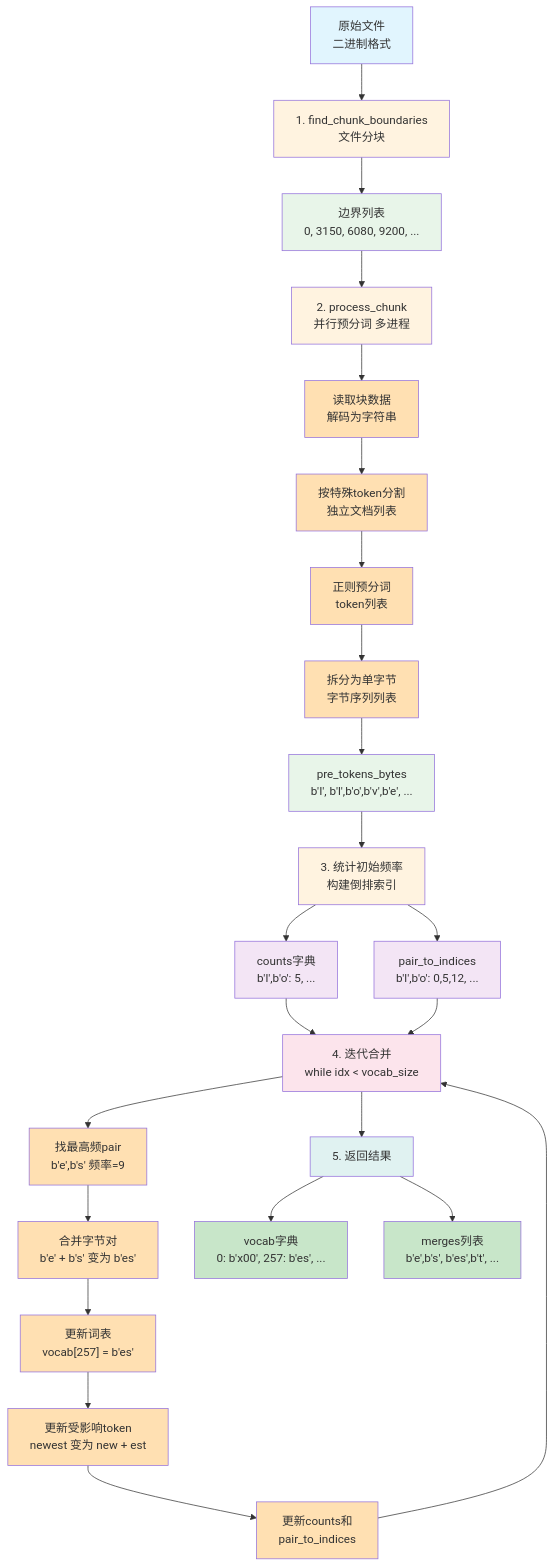
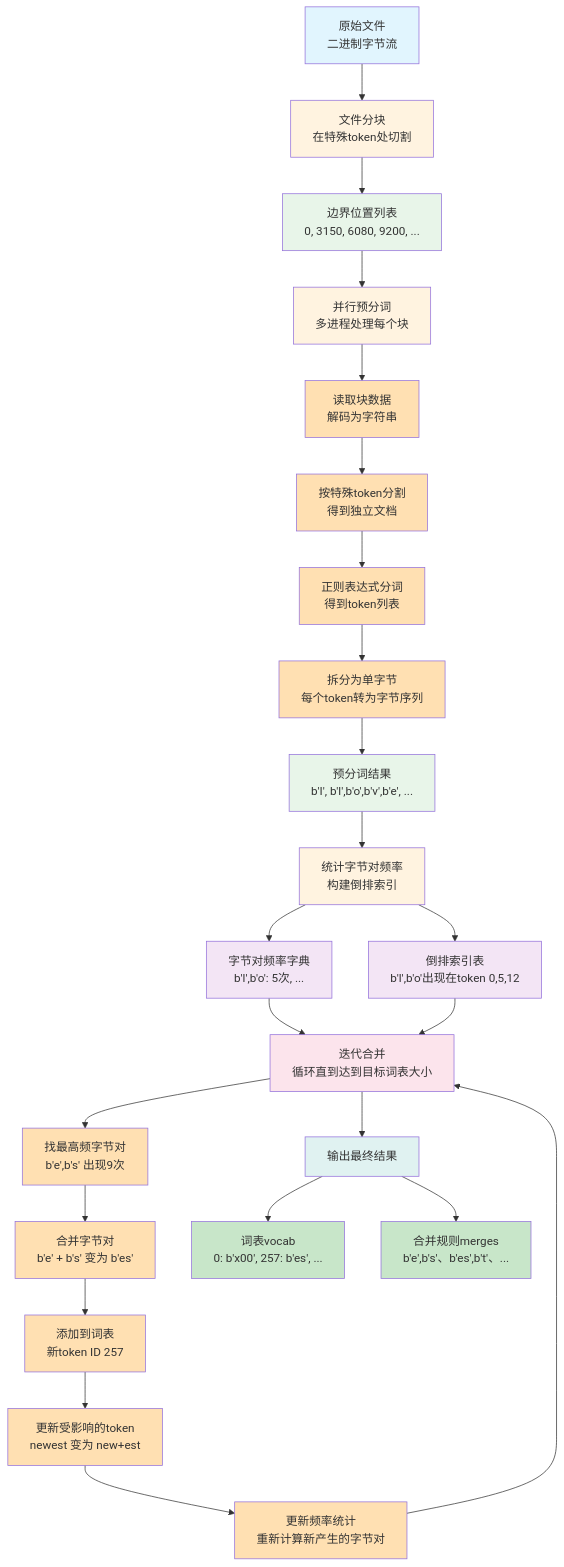
The diagram in Transformer/09a-斯坦福cs336作业一-BPE分词器.md (Zheng-Enci/Knoweledges), drawn with Mermaid before and after one commit.

Commit message:
docs: 优化数据流图-去除函数名聚焦数据处理

````diff
--- a/Transformer/09a-斯坦福cs336作业一-BPE分词器.md
+++ b/Transformer/09a-斯坦福cs336作业一-BPE分词器.md
@@ -159,40 +159,40 @@
 ```mermaid
 graph TD
-    A["原始文件<br/>二进制格式"]:::input --> B["1. find_chunk_boundaries<br/>文件分块"]:::process
-    B --> C["边界列表<br/>0, 3150, 6080, 9200, ..."]:::data
-    C --> D["2. process_chunk<br/>并行预分词 多进程"]:::process
+    A["原始文件<br/>二进制字节流"]:::input --> B["文件分块<br/>在特殊token处切割"]:::process
+    B --> C["边界位置列表<br/>0, 3150, 6080, 9200, ..."]:::data
+    C --> D["并行预分词<br/>多进程处理每个块"]:::process
     
     D --> D1["读取块数据<br/>解码为字符串"]:::subprocess
-    D1 --> D2["按特殊token分割<br/>独立文档列表"]:::subprocess
-    D2 --> D3["正则预分词<br/>token列表"]:::subprocess
-    D3 --> D4["拆分为单字节<br/>字节序列列表"]:::subprocess
+    D1 --> D2["按特殊token分割<br/>得到独立文档"]:::subprocess
+    D2 --> D3["正则表达式分词<br/>得到token列表"]:::subprocess
+    D3 --> D4["拆分为单字节<br/>每个token转为字节序列"]:::subprocess
     
-    D4 --> E["pre_tokens_bytes<br/>b'I', b'l',b'o',b'v',b'e', ..."]:::data
-    E --> F["3. 统计初始频率<br/>构建倒排索引"]:::process
+    D4 --> E["预分词结果<br/>b'I', b'l',b'o',b'v',b'e', ..."]:::data
+    E --> F["统计字节对频率<br/>构建倒排索引"]:::process
     
-    F --> F1["counts字典<br/>b'l',b'o': 5, ..."]:::datastruct
-    F --> F2["pair_to_indices<br/>b'l',b'o': 0,5,12, ..."]:::datastruct
+    F --> F1["字节对频率字典<br/>b'l',b'o': 5次, ..."]:::datastruct
+    F --> F2["倒排索引表<br/>b'l',b'o'出现在token 0,5,12"]:::datastruct
     
-    F1 --> G["4. 迭代合并<br/>while idx < vocab_size"]:::loop
+    F1 --> G["迭代合并<br/>循环直到达到目标词表大小"]:::loop
     F2 --> G
     
-    G --> G1["找最高频pair<br/>b'e',b's' 频率=9"]:::subprocess
+    G --> G1["找最高频字节对<br/>b'e',b's' 出现9次"]:::subprocess
     G1 --> G2["合并字节对<br/>b'e' + b's' 变为 b'es'"]:::subprocess
-    G2 --> G3["更新词表<br/>vocab[257] = b'es'"]:::subprocess
-    G3 --> G4["更新受影响token<br/>newest 变为 new + est"]:::subprocess
-    G4 --> G5["更新counts和<br/>pair_to_indices"]:::subprocess
+    G2 --> G3["添加到词表<br/>新token ID 257"]:::subprocess
+    G3 --> G4["更新受影响的token<br/>newest 变为 new+est"]:::subprocess
+    G4 --> G5["更新频率统计<br/>重新计算新产生的字节对"]:::subprocess
     G5 --> G
     
-    G --> H["5. 返回结果"]:::output
-    H --> H1["vocab字典<br/>0: b'x00', 257: b'es', ..."]:::result
-    H --> H2["merges列表<br/>b'e',b's', b'es',b't', ..."]:::result
+    G --> H["输出最终结果"]:::output
+    H --> H1["词表vocab<br/>0: b'x00', 257: b'es', ..."]:::result
+    H --> H2["合并规则merges<br/>b'e',b's'、b'es',b't'、..."]:::result
 
     classDef input fill:#e1f5fe
     classDef process fill:#fff3e0
     classDef subprocess fill:#ffe0b2
     classDef data fill:#e8f5e9
     classDef datastruct fill:#f3e5f5
     classDef loop fill:#fce4ec
     classDef output fill:#e0f2f1
     classDef result fill:#c8e6c9
 ```
````
